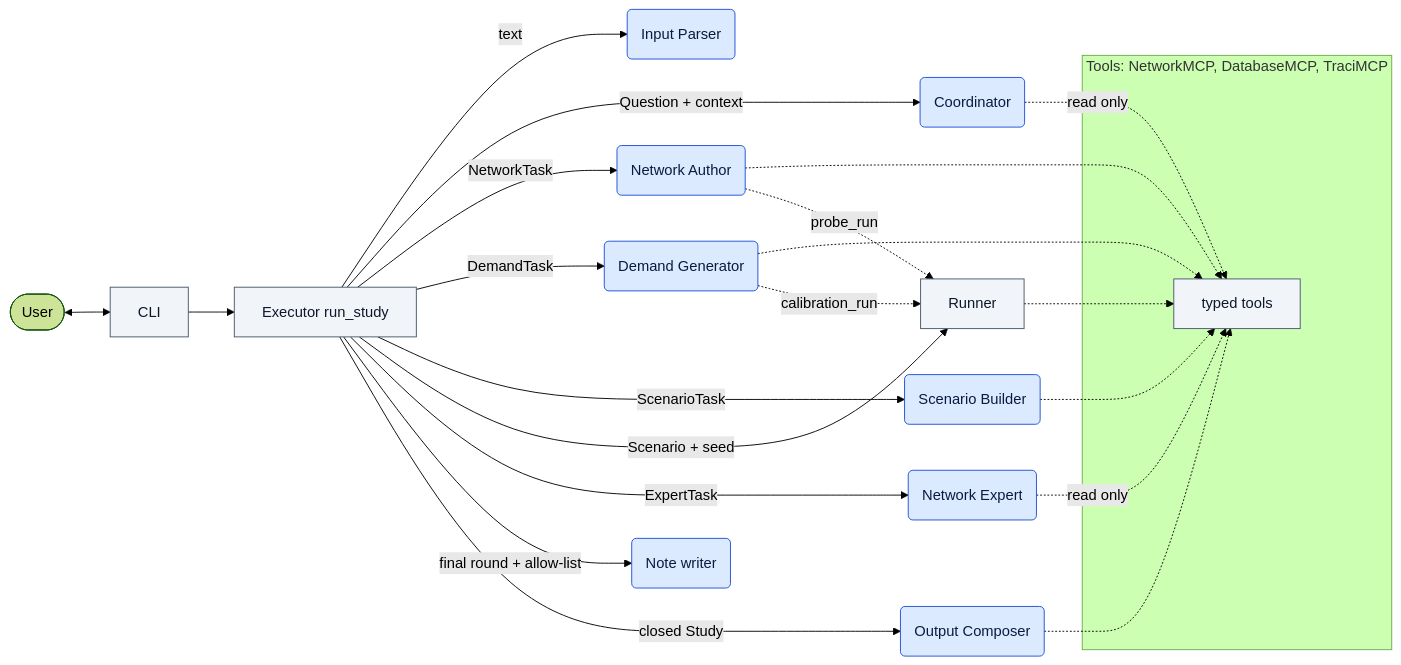
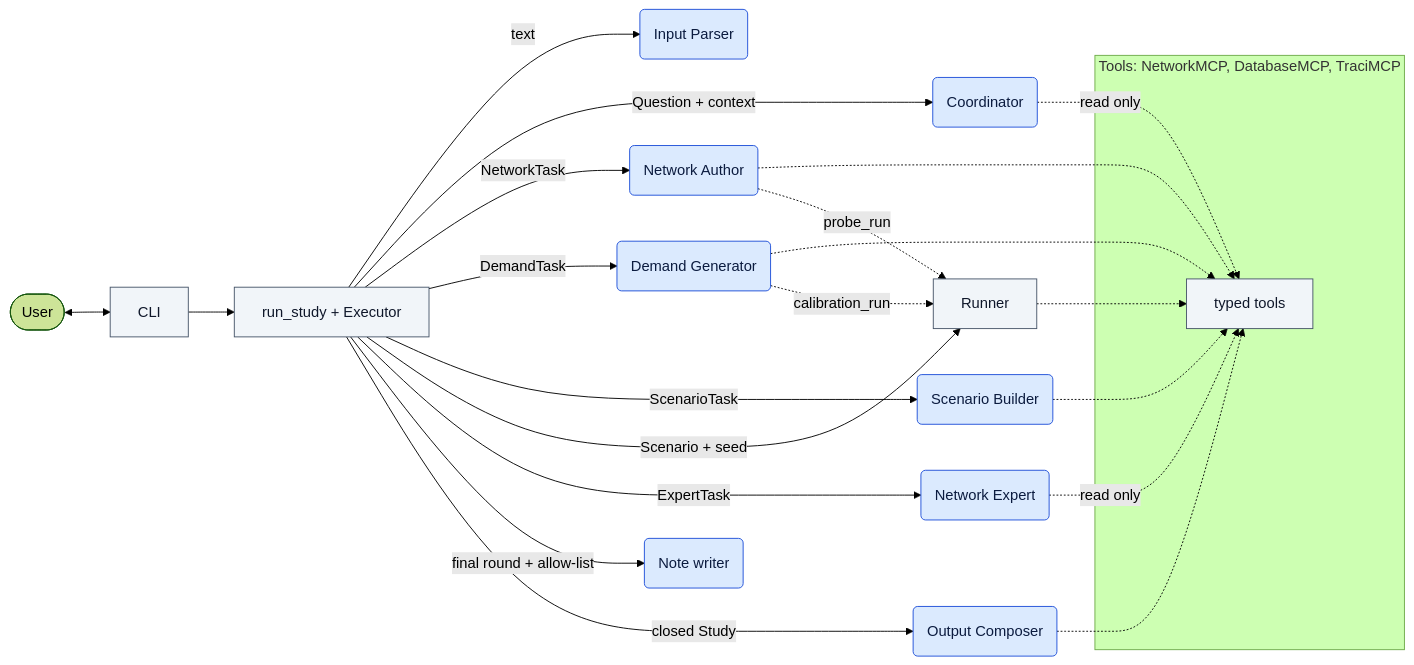
Before and after one commit to ferranUPC/resto: the third of 3 diagrams in docs/study-flows.md, drawn with Mermaid (forest theme). The commit also changed other lines of this file and 10 other files, not shown here.

````diff
--- a/docs/study-flows.md
+++ b/docs/study-flows.md
@@ -190,30 +190,30 @@
 ```mermaid
 flowchart LR
   classDef agent fill:#dbeafe,stroke:#1d4ed8,color:#0b1b3f
   classDef code fill:#f1f5f9,stroke:#475569,color:#0f172a
 
   User([User]) <--> CLI[CLI]:::code
-  CLI --> EXE[Executor run_study]:::code
+  CLI --> EXE[run_study + Executor]:::code
   EXE -->|text| P(Input Parser):::agent
   EXE -->|Question + context| C(Coordinator):::agent
   EXE -->|NetworkTask| NA(Network Author):::agent
   EXE -->|DemandTask| DG(Demand Generator):::agent
   EXE -->|ScenarioTask| SB(Scenario Builder):::agent
   EXE -->|Scenario + seed| RUN[Runner]:::code
   EXE -->|ExpertTask| EX(Network Expert):::agent
   EXE -->|final round + allow-list| NW(Note writer):::agent
   EXE -->|closed Study| CO(Output Composer):::agent
 
   subgraph TOOLS[Tools: NetworkMCP, DatabaseMCP, TraciMCP]
     T[typed tools]:::code
   end
   C -.read only.-> T
   NA -.-> T
   NA -.probe_run.-> RUN
   DG -.-> T
   DG -.calibration_run.-> RUN
   SB -.-> T
   EX -.read only.-> T
   CO -.-> T
   RUN -.-> T
 ```
````
